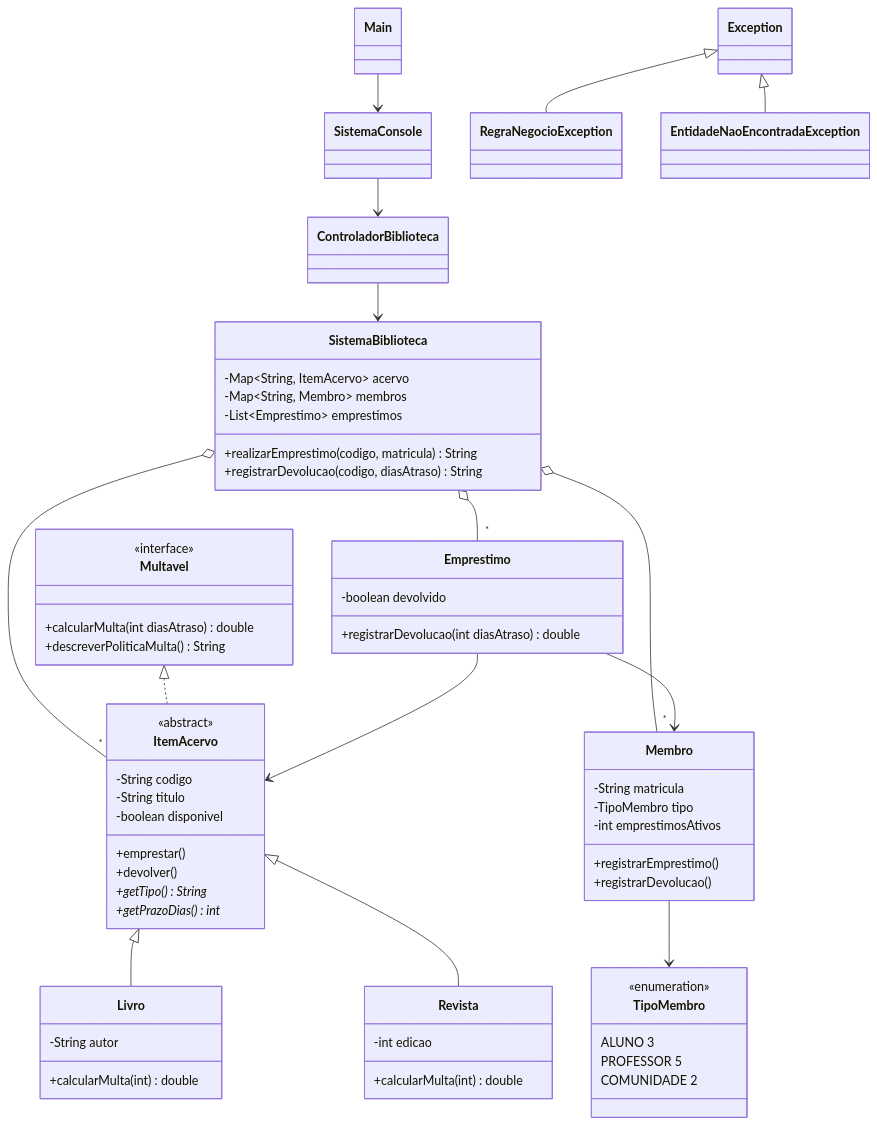
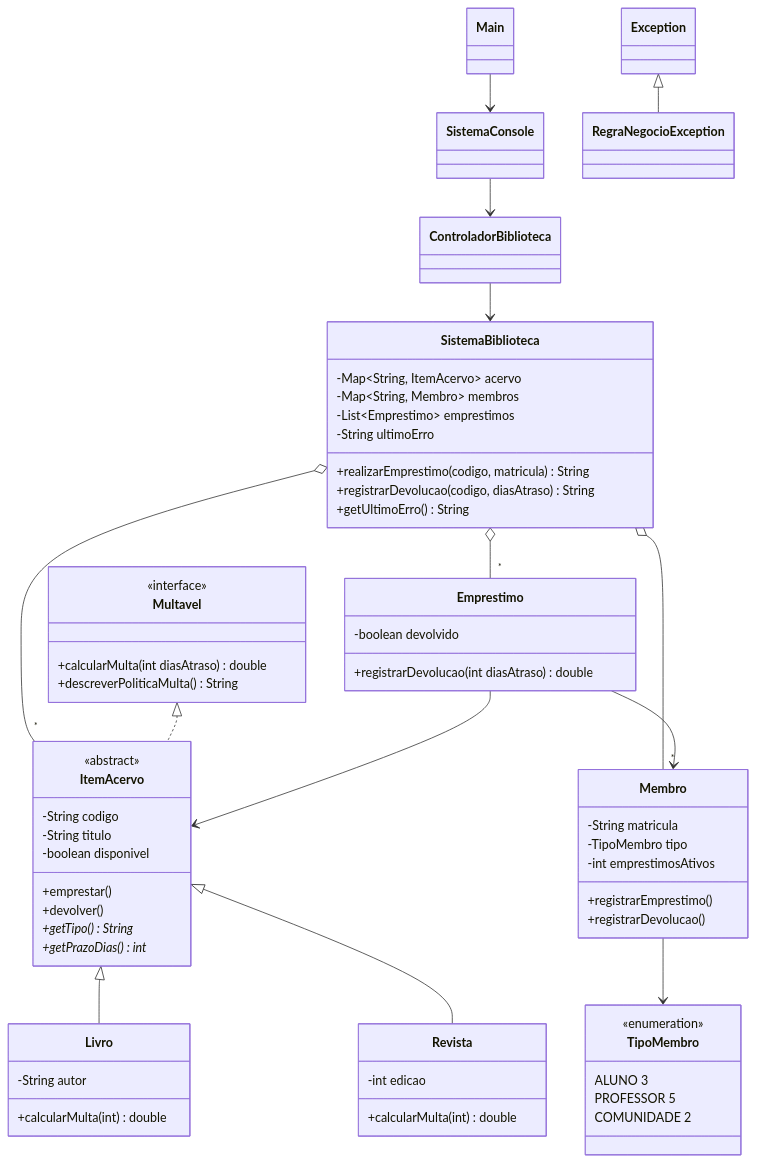
Before and after one commit to luizamorim2/biblioteca-lp2: the diagram in uml.md, drawn with Mermaid. The commit also changed 11 other files, not shown here.

````diff
--- a/uml.md
+++ b/uml.md
@@ -9,8 +9,10 @@
         -Map~String, ItemAcervo~ acervo
         -Map~String, Membro~ membros
         -List~Emprestimo~ emprestimos
+        -String ultimoErro
         +realizarEmprestimo(codigo, matricula) String
         +registrarDevolucao(codigo, diasAtraso) String
+        +getUltimoErro() String
     }
 
     class Multavel {
@@ -61,7 +63,6 @@
     }
 
     class RegraNegocioException
-    class EntidadeNaoEncontradaException
 
     Main --> SistemaConsole
     SistemaConsole --> ControladorBiblioteca
@@ -80,5 +81,4 @@
     Emprestimo --> Membro
 
     Exception <|-- RegraNegocioException
-    Exception <|-- EntidadeNaoEncontradaException
 ```
````
